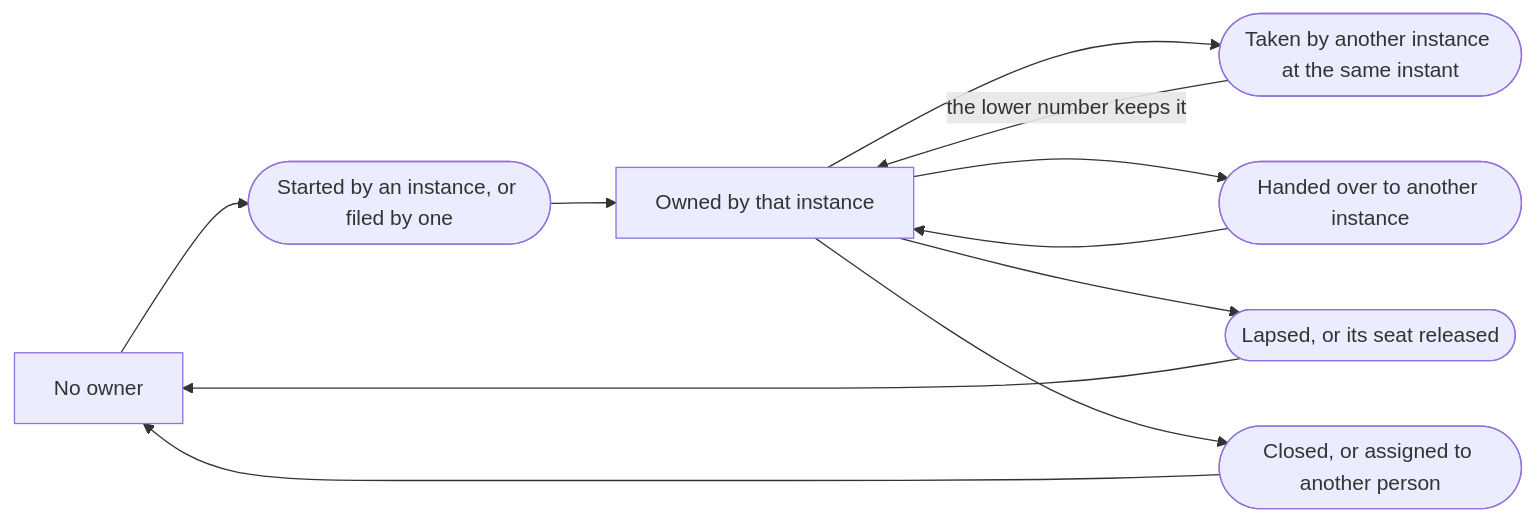
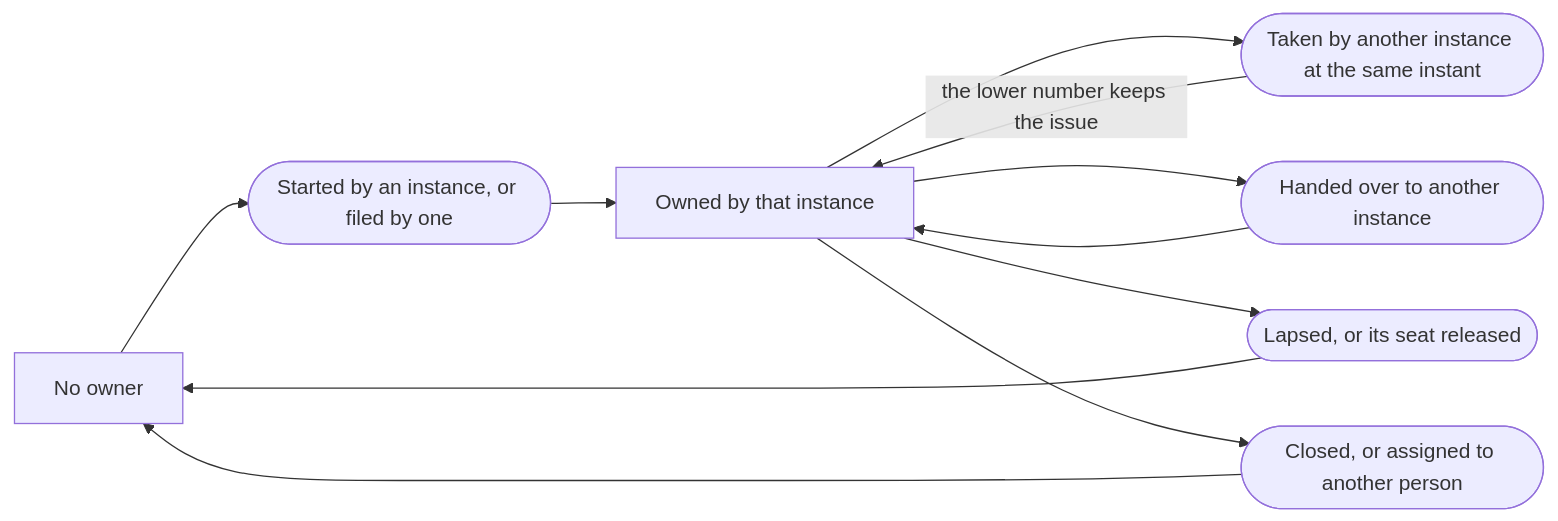
Before and after one commit to aleskalfas/project-kit: the second of 3 diagrams in tech-docs/analysis/project-management/domain-model/060-parallel-work.md, drawn with Mermaid. The commit also changed other lines of this file and 23 other files, not shown here.

````diff
--- a/tech-docs/analysis/project-management/domain-model/060-parallel-work.md
+++ b/tech-docs/analysis/project-management/domain-model/060-parallel-work.md
@@ -83,15 +83,15 @@
 ```mermaid
 flowchart LR
   accTitle: How an issue's owner moves
-  accDescr: An issue has no owner until an instance starts it, or files it from a seat other than the planning agent's. Where two instances take it at the same instant, the lower number keeps it. A hand-over moves it to another instance. A close, or a new assignee, clears it. In a project with a topology, an ownership that lapses, or whose seat is released, stops counting.
+  accDescr: An issue has no owner until an instance starts the issue, or files the issue from a seat other than the planning agent's. Where two instances take the issue at the same instant, the lower number keeps the issue. A hand-over moves the issue to another instance. A close, or a new assignee, clears the owner. In a project with a topology, an ownership that lapses, or whose seat is released, stops counting.
   none[No owner] --> taken([Started by an instance, or filed by one])
   taken --> owned[Owned by that instance]
   owned --> clash([Taken by another instance at the same instant])
-  clash -->|the lower number keeps it| owned
+  clash -->|the lower number keeps the issue| owned
   owned --> handed([Handed over to another instance])
   handed --> owned
   owned --> stopped([Lapsed, or its seat released])
   stopped --> none
   owned --> cleared([Closed, or assigned to another person])
   cleared --> none
 ```
````
